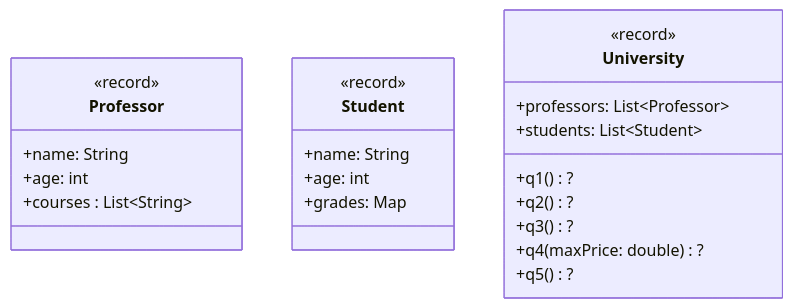
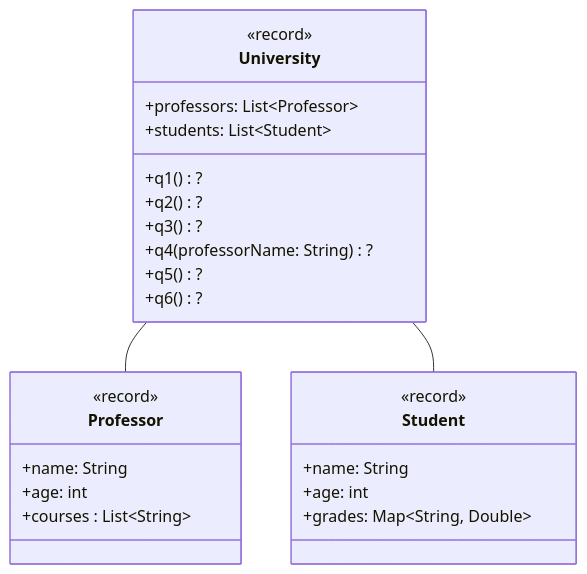
One commit to jappuccini/java-docs changed the third of 3 diagrams in docs/additional-material/steffen/java-2/exam-preparation/2024.md. Above: the diagram before and after it, drawn with Mermaid.

````diff
--- a/docs/additional-material/steffen/java-2/exam-preparation/2024.md
+++ b/docs/additional-material/steffen/java-2/exam-preparation/2024.md
@@ -117,28 +117,35 @@
 ```mermaid
 classDiagram
+  direction TB
+
+  University -- Professor
+  University -- Student
+
   class Professor {
     <<record>>
     +name: String
     +age: int
     +courses : List~String~
   }
 
   class Student {
     <<record>>
     +name: String
     +age: int
-    +grades: Map<String, Double>
+    +grades: Map~String, Double~
   }
 
   class University {
     <<record>>
     +professors: List~Professor~
     +students: List~Student~
 
     +q1() ?
     +q2() ?
     +q3() ?
-    +q4(maxPrice: double) ?
+    +q4(professorName: String) ?
     +q5() ?
+    +q6() ?
   }
+
 ```
````
